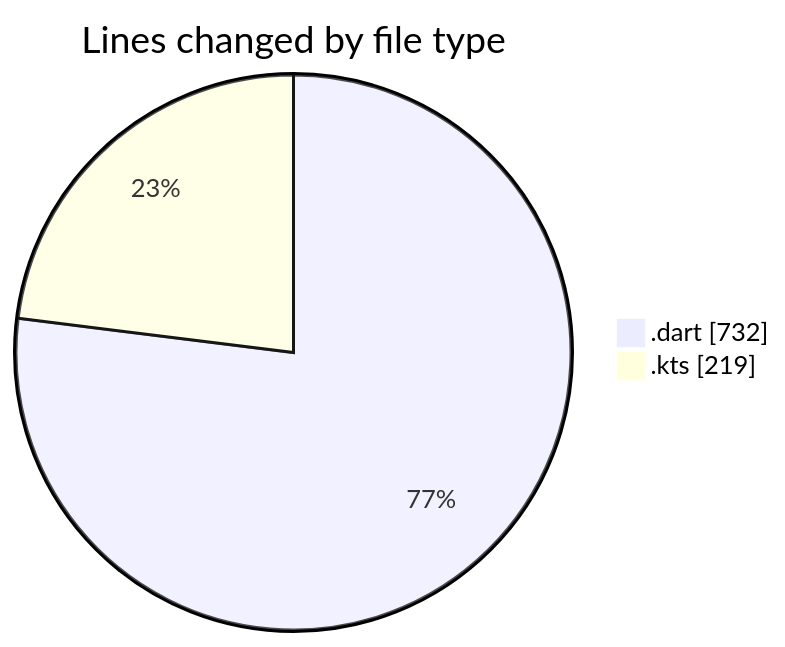
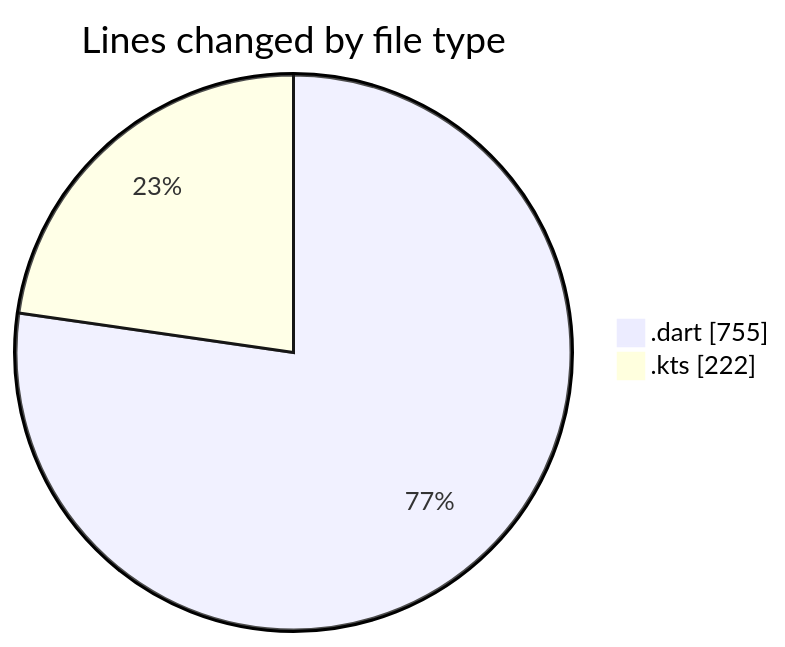
Before and after one commit to donsfak/code-tracking: the first of 2 diagrams in 2025-02-24/drivers_app/README.md, drawn with Mermaid. The commit also changed other lines of this file and 1 other file, not shown here.

````diff
--- a/2025-02-24/drivers_app/README.md
+++ b/2025-02-24/drivers_app/README.md
@@ -25,6 +25,6 @@
 ```mermaid
 pie showData
 title Lines changed by file type
-".dart" : 732
-".kts" : 219
+".dart" : 755
+".kts" : 222
 ```
````
